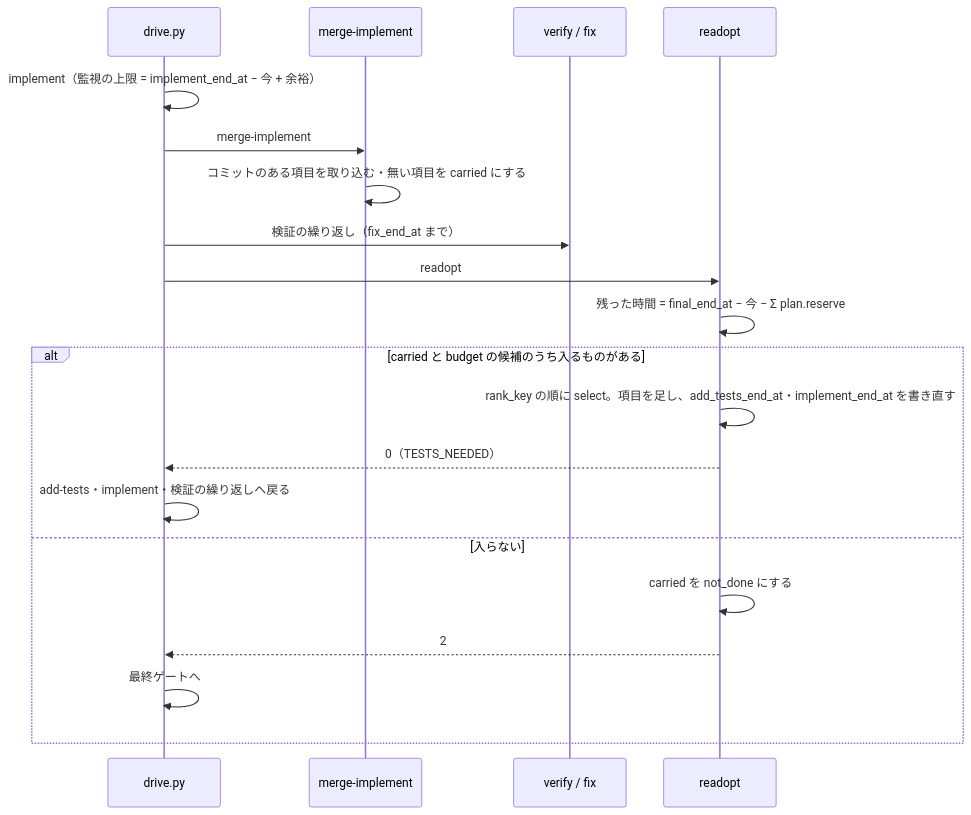
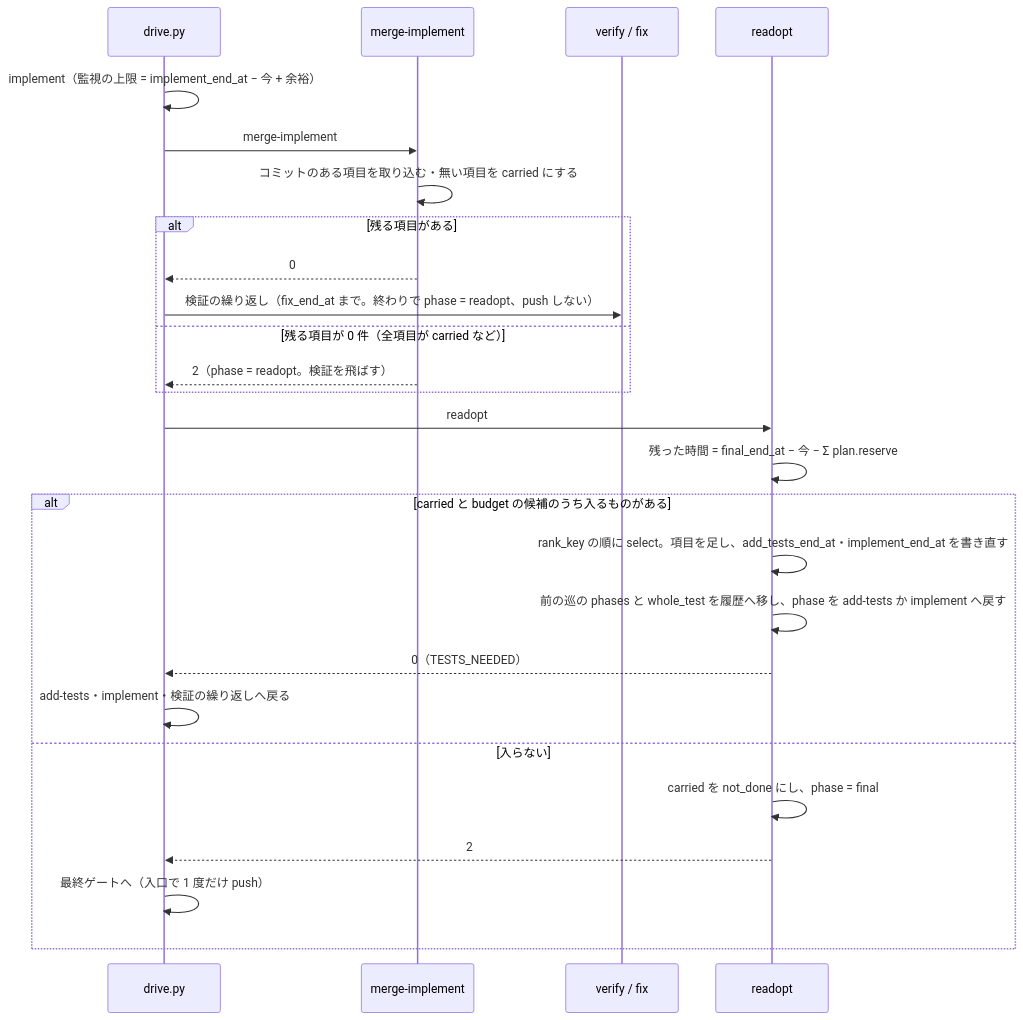
One commit to devbasex/ai-plugins changed the fifth of 5 diagrams in issues/issue-1743-design.md. Above: the diagram before and after it, drawn with Mermaid. The commit also changed other lines of this file, not shown here.

````diff
--- a/issues/issue-1743-design.md
+++ b/issues/issue-1743-design.md
@@ -354,22 +359,28 @@
 ```mermaid
 sequenceDiagram
   participant D as drive.py
   participant MI as merge-implement
   participant V as verify / fix
   participant RD as readopt
   D->>D: implement（監視の上限 = implement_end_at − 今 + 余裕）
   D->>MI: merge-implement
   MI->>MI: コミットのある項目を取り込む・無い項目を carried にする
-  D->>V: 検証の繰り返し（fix_end_at まで）
+  alt 残る項目がある
+    MI-->>D: 0
+    D->>V: 検証の繰り返し（fix_end_at まで。終わりで phase = readopt、push しない）
+  else 残る項目が 0 件（全項目が carried など）
+    MI-->>D: 2（phase = readopt。検証を飛ばす）
+  end
   D->>RD: readopt
   RD->>RD: 残った時間 = final_end_at − 今 − Σ plan.reserve
   alt carried と budget の候補のうち入るものがある
     RD->>RD: rank_key の順に select。項目を足し、add_tests_end_at・implement_end_at を書き直す
+    RD->>RD: 前の巡の phases と whole_test を履歴へ移し、phase を add-tests か implement へ戻す
     RD-->>D: 0（TESTS_NEEDED）
     D->>D: add-tests・implement・検証の繰り返しへ戻る
   else 入らない
-    RD->>RD: carried を not_done にする
+    RD->>RD: carried を not_done にし、phase = final
     RD-->>D: 2
-    D->>D: 最終ゲートへ
+    D->>D: 最終ゲートへ（入口で 1 度だけ push）
   end
 ```
````
